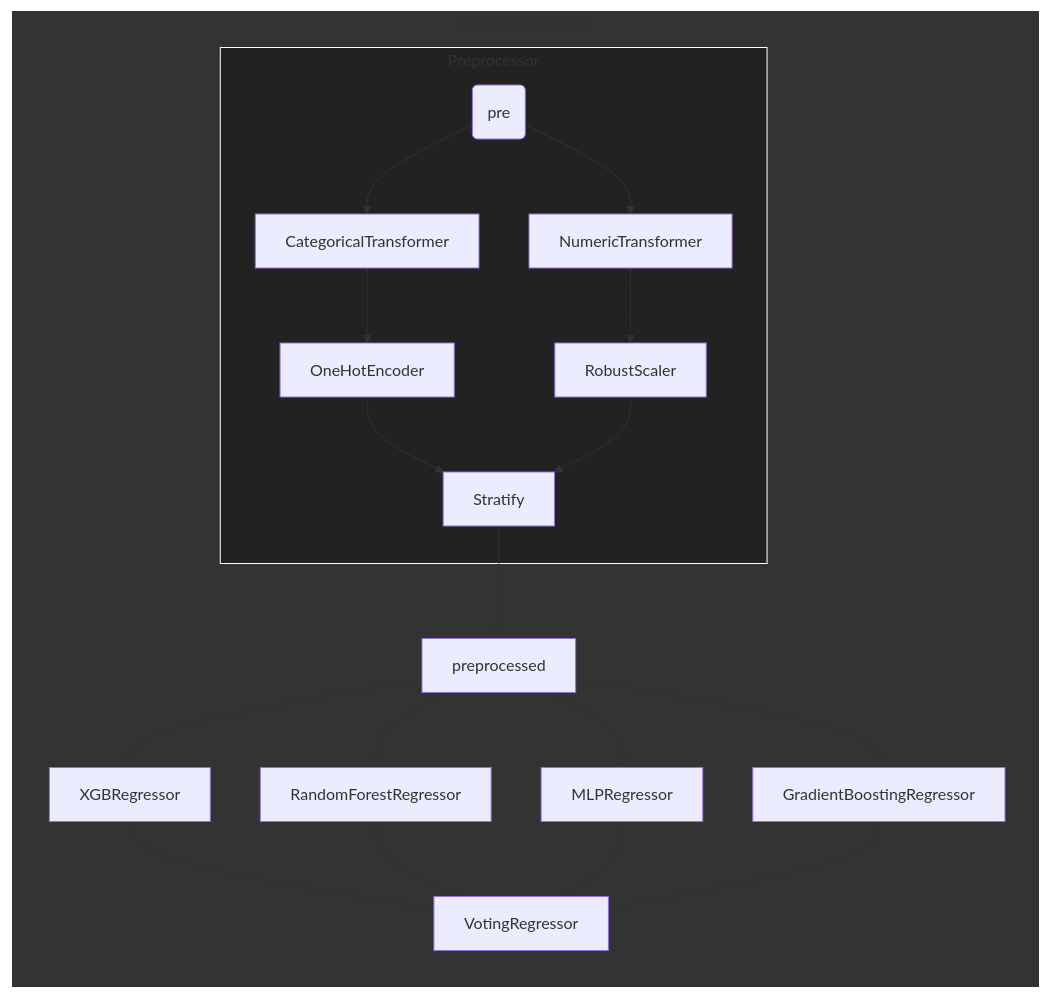
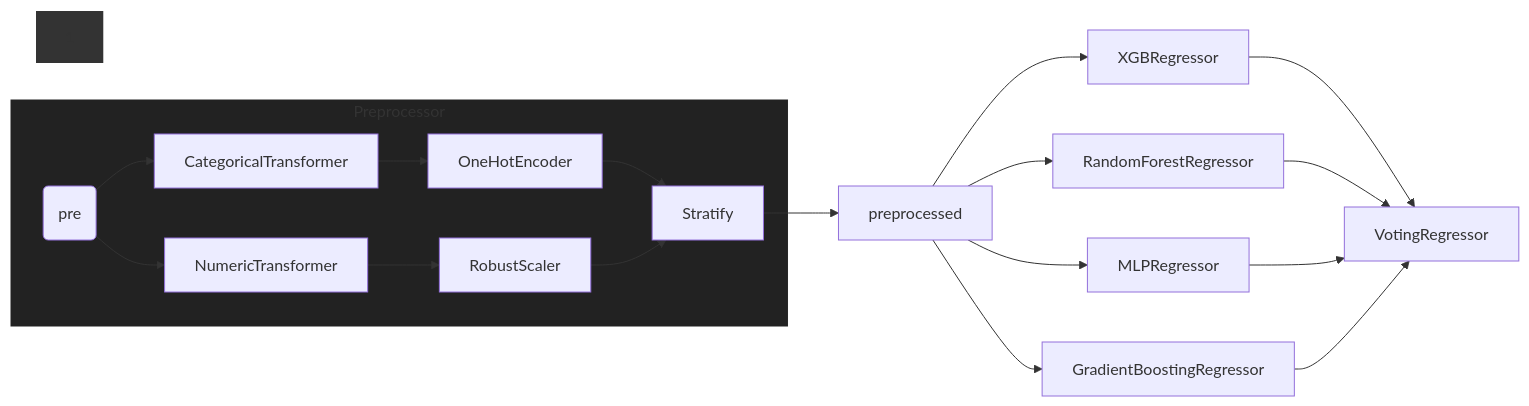
One commit to NickBok/Baseball changed the diagram in Distance-Predictor/README.md. Above: the diagram before and after it, drawn with Mermaid. The commit also changed other lines of this file, not shown here.

````diff
--- a/Distance-Predictor/README.md
+++ b/Distance-Predictor/README.md
@@ -71,24 +71,22 @@
 ```mermaid
 graph LR
-    subgraph 1[Distance Predictor]
-        subgraph 2[Preprocessor]
-            Preprocessor(pre) --> CategoricalTransformer;
-            Preprocessor(pre) --> NumericTransformer;
-            CategoricalTransformer --> OneHotEncoder;
-            OneHotEncoder --> Stratify;
-            NumericTransformer --> RobustScaler;
-            RobustScaler --> Stratify;
-        end
-        Stratify --> preprocessed;
-        preprocessed-->XGBRegressor;
-        preprocessed-->RandomForestRegressor;
-        preprocessed-->MLPRegressor;
-        preprocessed-->GradientBoostingRegressor;
-        XGBRegressor-->VotingRegressor;
-        RandomForestRegressor-->VotingRegressor;
-        MLPRegressor-->VotingRegressor;
-        GradientBoostingRegressor-->VotingRegressor;
-    end
+      subgraph 2[Preprocessor]
+          Preprocessor(pre) --> CategoricalTransformer;
+          Preprocessor(pre) --> NumericTransformer;
+          CategoricalTransformer --> OneHotEncoder;
+          OneHotEncoder --> Stratify;
+          NumericTransformer --> RobustScaler;
+          RobustScaler --> Stratify;
+      end
+      Stratify --> preprocessed;
+      preprocessed-->XGBRegressor;
+      preprocessed-->RandomForestRegressor;
+      preprocessed-->MLPRegressor;
+      preprocessed-->GradientBoostingRegressor;
+      XGBRegressor-->VotingRegressor;
+      RandomForestRegressor-->VotingRegressor;
+      MLPRegressor-->VotingRegressor;
+      GradientBoostingRegressor-->VotingRegressor;
 style 1 fill:#333333,stroke:#FFFFFF,stroke-width:2px
 style 2 fill:#222222,stroke:#FFFFFF,stroke-width:1px
 ```
````
